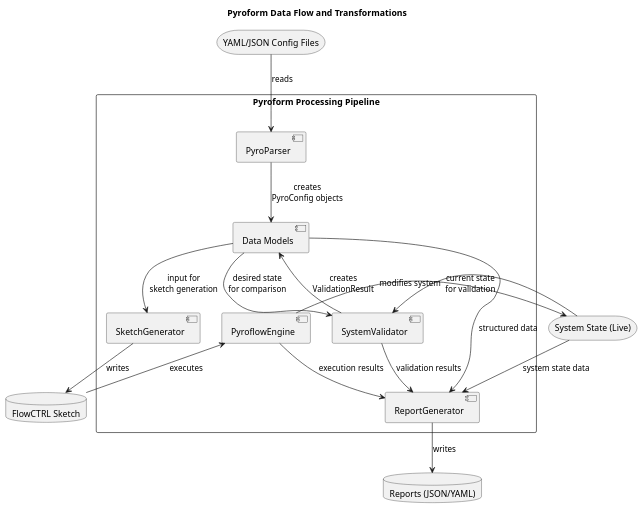
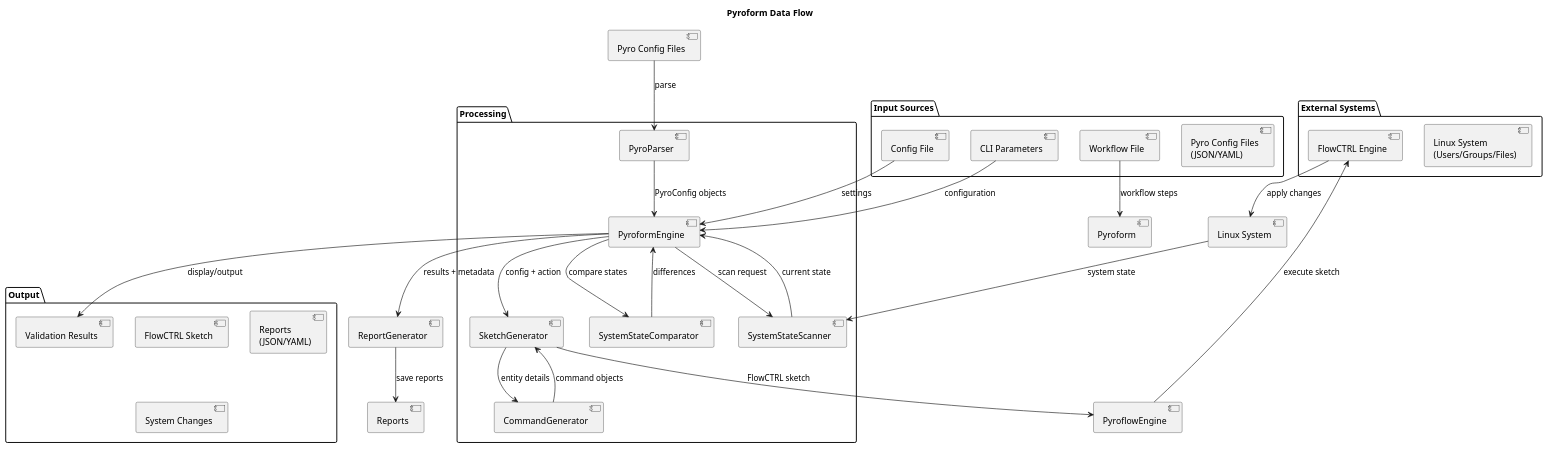
The diagram in pyroform/dox/Diagrams/pyroform_data_flow.puml (Del-Tango/Pyroform), drawn with PlantUML before and after one commit. The commit also changed 29 other files, not shown here.

Commit message:
Updated PlantUML diagrams and README file

```diff
--- a/pyroform/dox/Diagrams/pyroform_data_flow.puml
+++ b/pyroform/dox/Diagrams/pyroform_data_flow.puml
@@ -1,36 +1,57 @@
-@startuml Pyroform_Data_Flow
-title Pyroform Data Flow and Transformations
+@startuml
+title Pyroform Data Flow
 
-storage "YAML/JSON Config Files" as ConfigFiles
-storage "System State (Live)" as SystemState
-database "FlowCTRL Sketch" as FlowSketch
-database "Reports (JSON/YAML)" as Reports
-rectangle "Pyroform Processing Pipeline" {
-  [PyroParser] as Parser
-  [Data Models] as Models
-  [SketchGenerator] as SketchGen
-  [SystemValidator] as Validator
-  [PyroflowEngine] as FlowEngine
-  [ReportGenerator] as Reporter
+package "Input Sources" {
+  [Pyro Config Files\n(JSON/YAML)]
+  [CLI Parameters]
+  [Config File]
+  [Workflow File]
 }
 
-ConfigFiles --> Parser : reads
-Parser --> Models : creates\nPyroConfig objects
-Models --> SketchGen : input for\nsketch generation
-Models --> Validator : desired state\nfor comparison
+package "Processing" {
+  [PyroParser]
+  [PyroformEngine]
+  [SketchGenerator]
+  [CommandGenerator]
+  [SystemStateScanner]
+  [SystemStateComparator]
+}
 
-SystemState --> Validator : current state\nfor validation
-Validator --> Models : creates\nValidationResult
+package "Output" {
+  [FlowCTRL Sketch]
+  [Reports\n(JSON/YAML)]
+  [System Changes]
+  [Validation Results]
+}
 
-SketchGen --> FlowSketch : writes
-FlowSketch --> FlowEngine : executes
-FlowEngine --> SystemState : modifies system
+package "External Systems" {
+  [Linux System\n(Users/Groups/Files)]
+  [FlowCTRL Engine]
+}
 
-Validator --> Reporter : validation results
-FlowEngine --> Reporter : execution results
-Reporter --> Reports : writes
+[Pyro Config Files] --> [PyroParser] : parse
+[CLI Parameters] --> [PyroformEngine] : configuration
+[Config File] --> [PyroformEngine] : settings
+[Workflow File] --> [Pyroform] : workflow steps
 
-Models --> Reporter : structured data
-SystemState --> Reporter : system state data
+[PyroParser] --> [PyroformEngine] : PyroConfig objects
+[PyroformEngine] --> [SketchGenerator] : config + action
+[SketchGenerator] --> [CommandGenerator] : entity details
+[CommandGenerator] --> [SketchGenerator] : command objects
 
+[PyroformEngine] --> [SystemStateScanner] : scan request
+[Linux System] --> [SystemStateScanner] : system state
+[SystemStateScanner] --> [PyroformEngine] : current state
+
+[PyroformEngine] --> [SystemStateComparator] : compare states
+[SystemStateComparator] --> [PyroformEngine] : differences
+
+[SketchGenerator] --> [PyroflowEngine] : FlowCTRL sketch
+[PyroflowEngine] --> [FlowCTRL Engine] : execute sketch
+[FlowCTRL Engine] --> [Linux System] : apply changes
+
+[PyroformEngine] --> [ReportGenerator] : results + metadata
+[ReportGenerator] --> [Reports] : save reports
+
+[PyroformEngine] --> [Validation Results] : display/output
 @enduml
```
